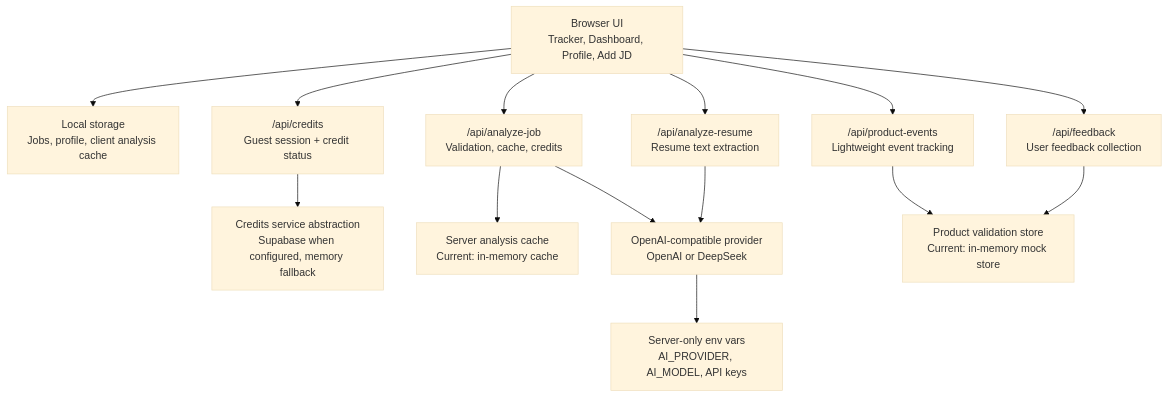
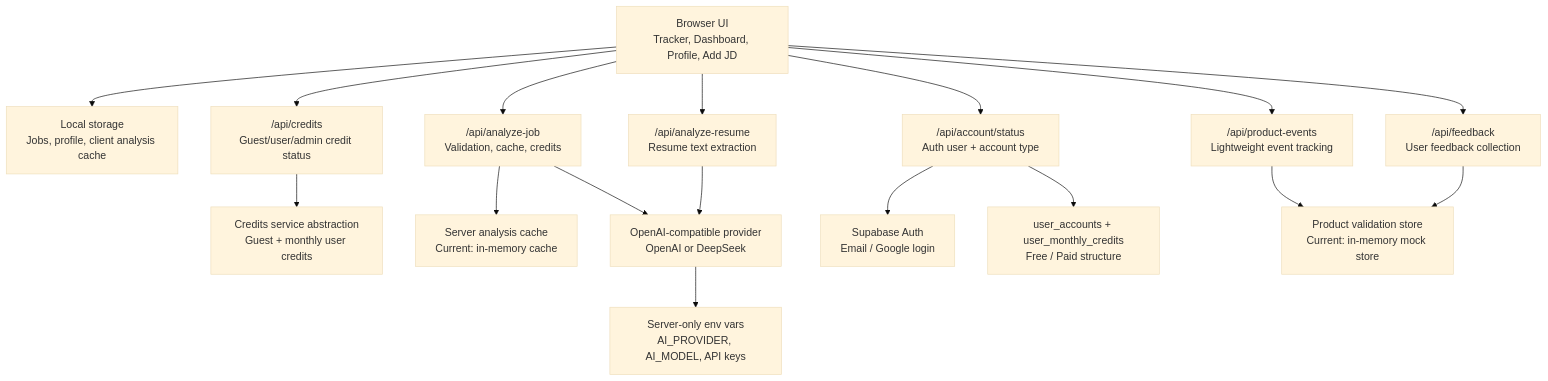
The diagram in README.md (SKiu0109/AI-job-tracker), drawn with Mermaid (base theme) before and after one commit. The commit also changed other lines of this file and 21 other files, not shown here.

Commit message:
Add Supabase auth and monthly credits

````diff
--- a/README.md
+++ b/README.md
@@ -66,16 +66,19 @@
 ```mermaid
 flowchart TD
   Browser["Browser UI\nTracker, Dashboard, Profile, Add JD"] --> LocalStorage["Local storage\nJobs, profile, client analysis cache"]
-  Browser --> CreditsAPI["/api/credits\nGuest session + credit status"]
+  Browser --> CreditsAPI["/api/credits\nGuest/user/admin credit status"]
   Browser --> AnalyzeAPI["/api/analyze-job\nValidation, cache, credits"]
   Browser --> ResumeAPI["/api/analyze-resume\nResume text extraction"]
+  Browser --> AccountAPI["/api/account/status\nAuth user + account type"]
   Browser --> EventsAPI["/api/product-events\nLightweight event tracking"]
   Browser --> FeedbackAPI["/api/feedback\nUser feedback collection"]
-  CreditsAPI --> CreditService["Credits service abstraction\nSupabase when configured, memory fallback"]
+  CreditsAPI --> CreditService["Credits service abstraction\nGuest + monthly user credits"]
   AnalyzeAPI --> ServerCache["Server analysis cache\nCurrent: in-memory cache"]
   EventsAPI --> ValidationStore["Product validation store\nCurrent: in-memory mock store"]
   FeedbackAPI --> ValidationStore
+  AccountAPI --> SupabaseAuth["Supabase Auth\nEmail / Google login"]
+  AccountAPI --> AccountTables["user_accounts + user_monthly_credits\nFree / Paid structure"]
   AnalyzeAPI --> Provider["OpenAI-compatible provider\nOpenAI or DeepSeek"]
   ResumeAPI --> Provider
   Provider --> Env["Server-only env vars\nAI_PROVIDER, AI_MODEL, API keys"]
 ```
````
